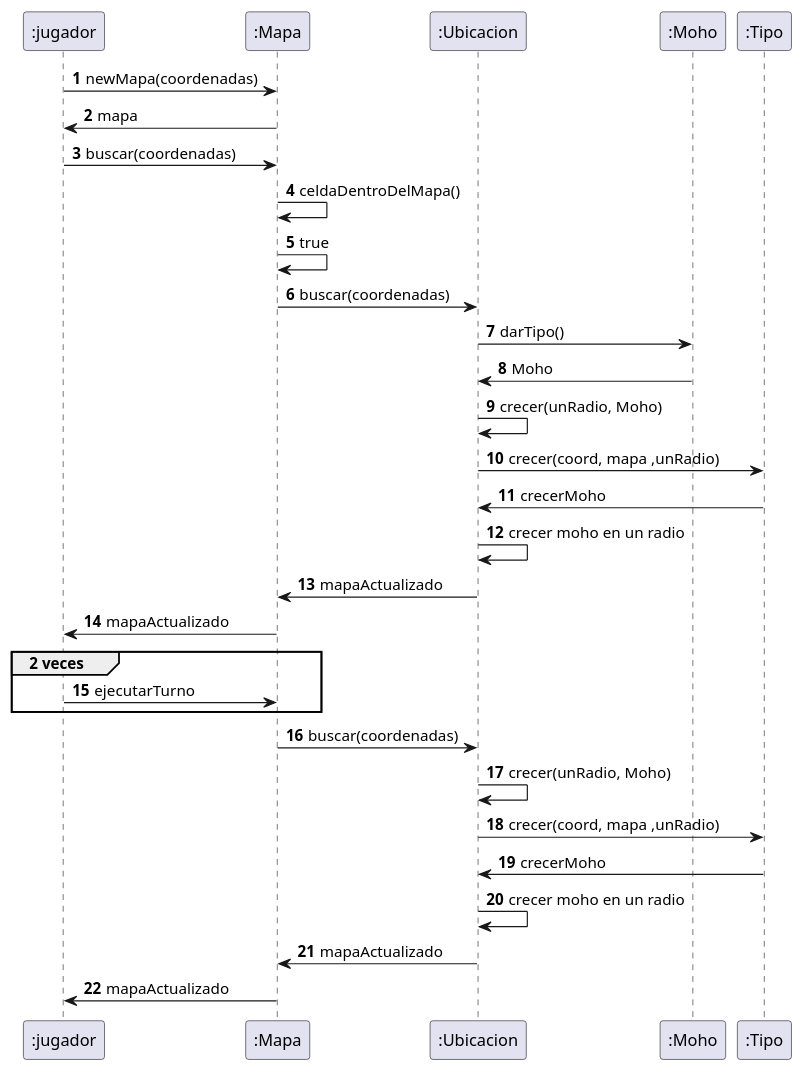
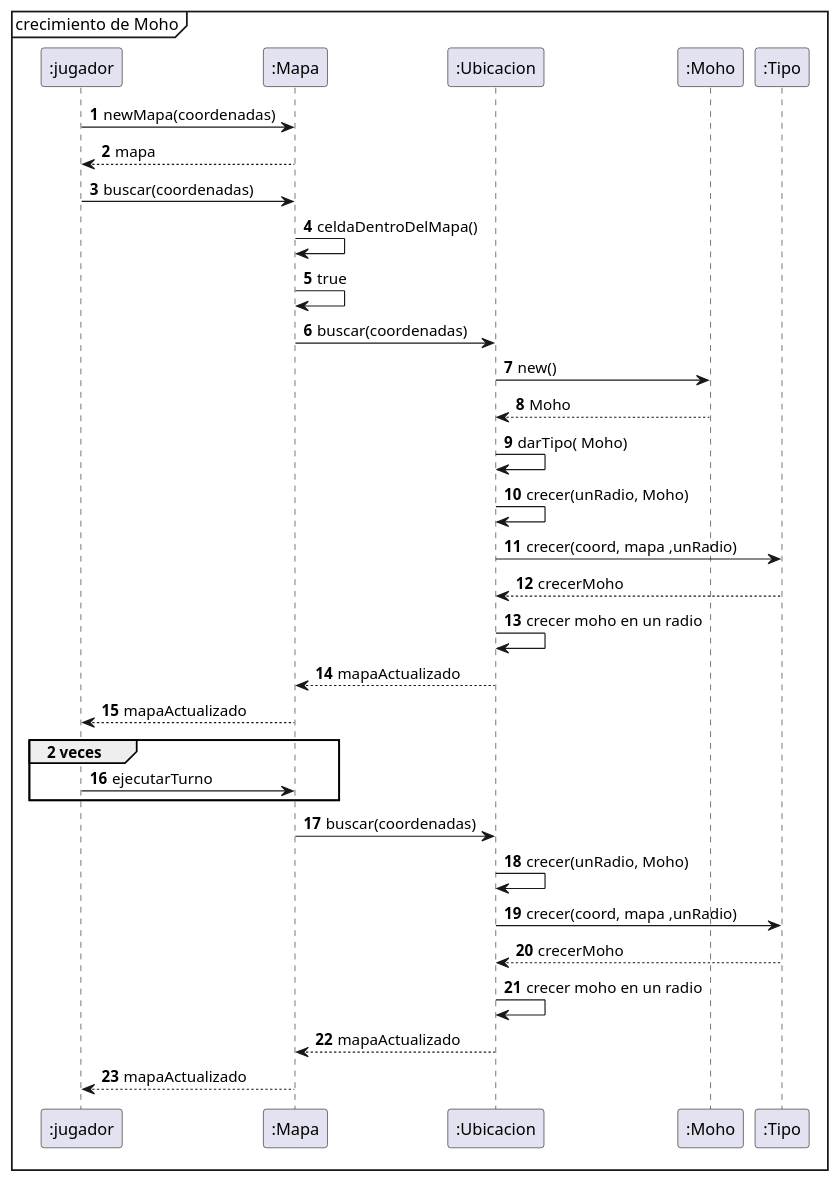
The diagram in diagrams/sequences/CasoDeUso6.puml (nicolasgirardi/algo3_TP2_AlgoStar), drawn with PlantUML before and after one commit. The commit also changed 2 other files, not shown here.

Commit message:
ultimos diagramas

```diff
--- a/diagrams/sequences/CasoDeUso6.puml
+++ b/diagrams/sequences/CasoDeUso6.puml
@@ -1,35 +1,36 @@
 @startuml
 'https://plantuml.com/sequence-diagram
-
+mainframe crecimiento de Moho
 autonumber
 ":jugador" -> ":Mapa": newMapa(coordenadas)
-":Mapa" -> ":jugador": mapa
+":Mapa" --> ":jugador": mapa
 
 ":jugador" -> ":Mapa": buscar(coordenadas)
 ":Mapa" -> ":Mapa": celdaDentroDelMapa()
 ":Mapa" -> ":Mapa": true
 
 ":Mapa" -> ":Ubicacion": buscar(coordenadas)
-":Ubicacion" -> ":Moho": darTipo()
-":Moho" -> ":Ubicacion": Moho
+":Ubicacion" -> ":Moho": new()
+":Moho" --> ":Ubicacion": Moho
+":Ubicacion" -> ":Ubicacion": darTipo( Moho)
 ":Ubicacion" -> ":Ubicacion": crecer(unRadio, Moho)
 ":Ubicacion" -> ":Tipo": crecer(coord, mapa ,unRadio)
-":Tipo" -> ":Ubicacion": crecerMoho
+":Tipo" --> ":Ubicacion": crecerMoho
 ":Ubicacion" -> ":Ubicacion": crecer moho en un radio
-":Ubicacion" -> ":Mapa": mapaActualizado
-":Mapa" -> ":jugador": mapaActualizado
+":Ubicacion" --> ":Mapa": mapaActualizado
+":Mapa" --> ":jugador": mapaActualizado
 group 2 veces
       ":jugador" -> ":Mapa": ejecutarTurno
 end
 ":Mapa" -> ":Ubicacion": buscar(coordenadas)
 ":Ubicacion" -> ":Ubicacion": crecer(unRadio, Moho)
 ":Ubicacion" -> ":Tipo": crecer(coord, mapa ,unRadio)
-":Tipo" -> ":Ubicacion": crecerMoho
+":Tipo" --> ":Ubicacion": crecerMoho
 ":Ubicacion" -> ":Ubicacion": crecer moho en un radio
-":Ubicacion" -> ":Mapa": mapaActualizado
-":Mapa" -> ":jugador": mapaActualizado
+":Ubicacion" --> ":Mapa": mapaActualizado
+":Mapa" --> ":jugador": mapaActualizado
 
 
 
 
 @enduml
```
